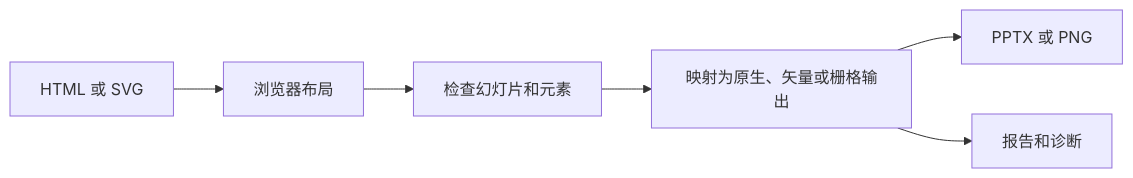
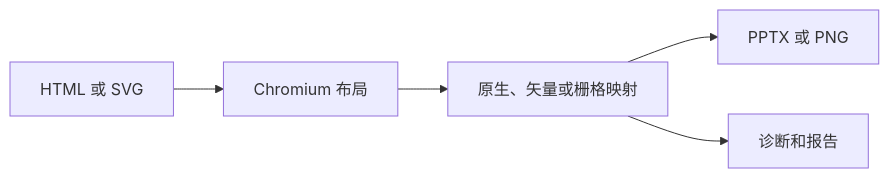
One commit to kobebryantwt/deckhtml changed the diagram in docs/zh/deckhtml/overview.mdx. Above: the diagram before and after it, drawn with Mermaid. The commit also changed other lines of this file and 74 other files, not shown here.

````diff
--- a/docs/zh/deckhtml/overview.mdx
+++ b/docs/zh/deckhtml/overview.mdx
@@ -9,8 +18,7 @@
 ```mermaid
 flowchart LR
-  H["HTML 或 SVG"] --> B["浏览器布局"]
-  B --> I["检查幻灯片和元素"]
-  I --> M["映射为原生、矢量或栅格输出"]
-  M --> O["PPTX 或 PNG"]
-  M --> R["报告和诊断"]
+  H["HTML 或 SVG"] --> B["Chromium 布局"]
+  B --> M["原生、矢量或栅格映射"]
+  M --> P["PPTX 或 PNG"]
+  M --> R["诊断和报告"]
 ```
````
